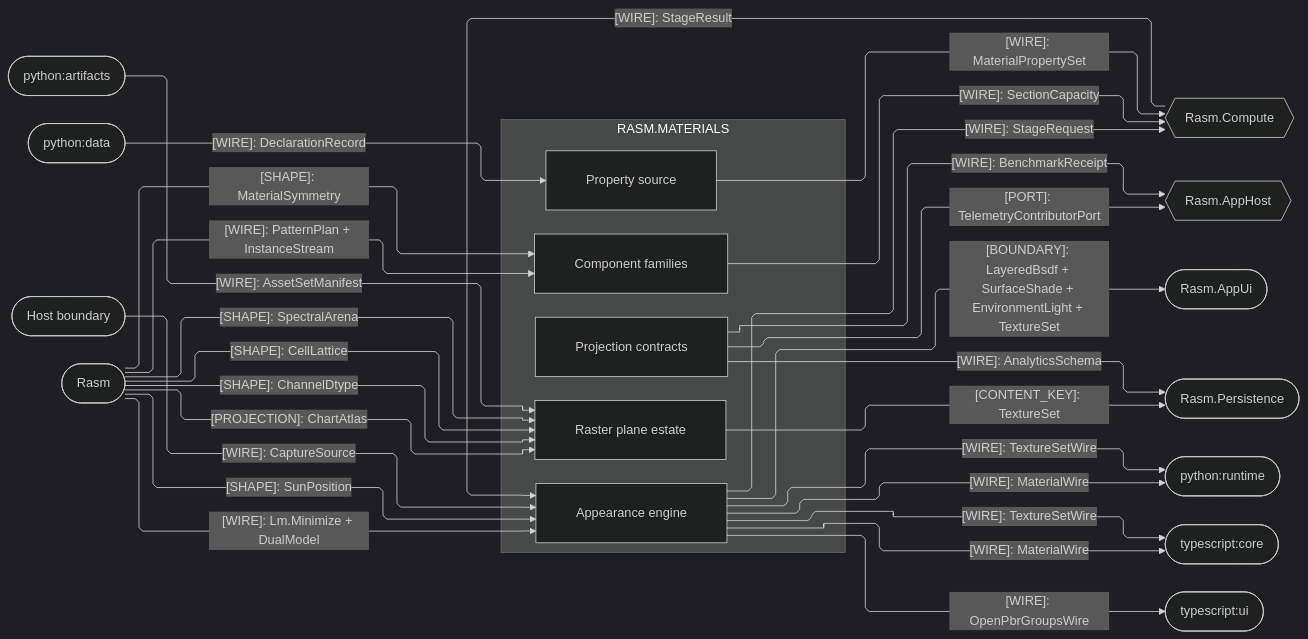
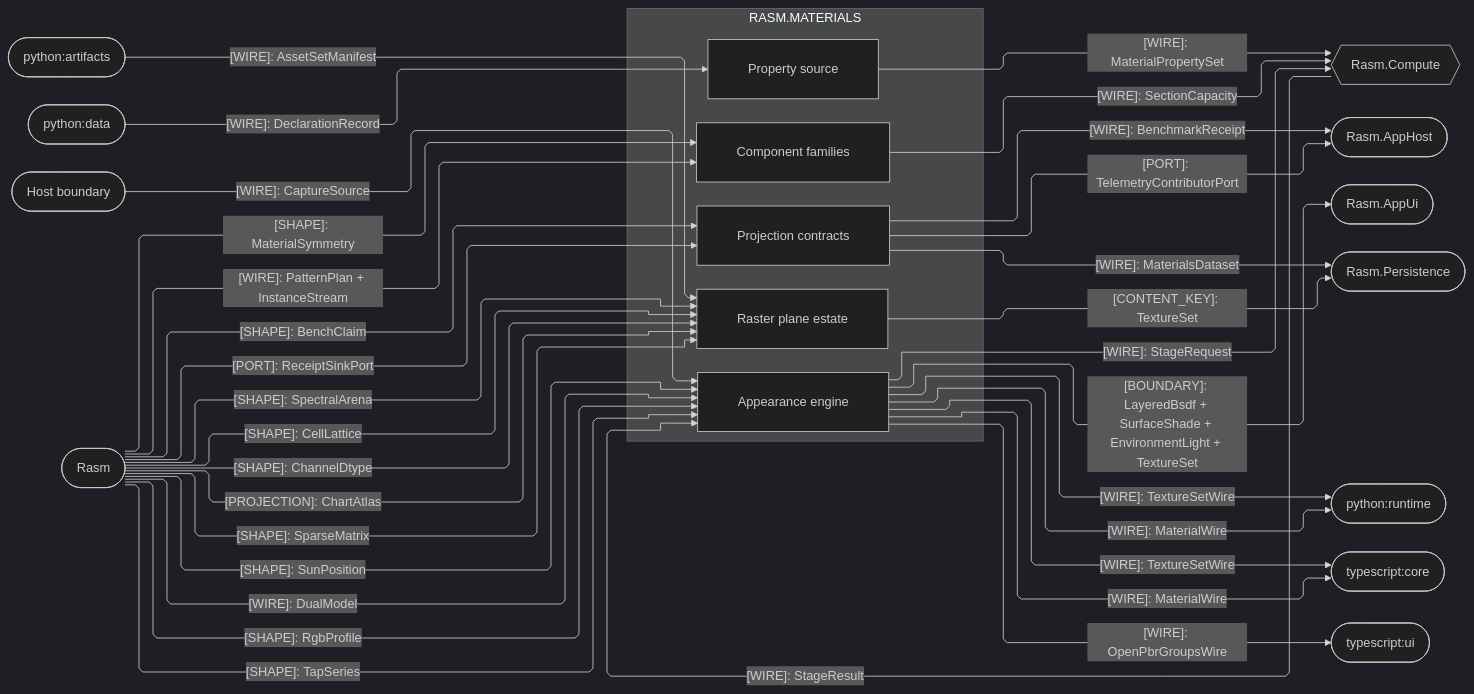
One commit to bsamiee/Rasm changed the third of 5 diagrams in libs/csharp/Rasm.Materials/ARCHITECTURE.md. Above: the diagram before and after it, drawn with Mermaid (dark theme). The commit also changed other lines of this file and 115 other files, not shown here.

First line of the commit message:
Land the index-doc, cross-libs planning, and manifest delta

````diff
--- a/libs/csharp/Rasm.Materials/ARCHITECTURE.md
+++ b/libs/csharp/Rasm.Materials/ARCHITECTURE.md
@@ -156,55 +152,60 @@
 ```mermaid
 ---
 config:
   layout: elk
   flowchart:
     curve: linear
     padding: 25
 ---
 flowchart LR
     accTitle: Materials platform, compute, and cross-runtime seams
-    accDescr: Materials sub-domain owners exchanging capacity, property, appearance, capture, telemetry, benchmark, and analytics wires, kernel lattice, storage, solver, atlas, and pattern crossings, plus artifact content keys with the kernel almanac, compute, the app host spine, the persistence store plane, the render host, the Python artifacts and runtime peers, and the TypeScript core and viewer peers, one edge per contract family labeled by kind.
+    accDescr: Which capacity, appearance, telemetry, and analytics contracts cross between Materials and the platform, host, and peer runtimes.
     subgraph materials[RASM.MATERIALS]
         Component[Component families]
         Properties[Property source]
         Appearance[Appearance engine]
         Raster[Raster plane estate]
         Projection[Projection contracts]
     end
     Compute{{Rasm.Compute}}
-    AppHost{{Rasm.AppHost}}
+    AppHost([Rasm.AppHost])
     AppUi([Rasm.AppUi])
     Persistence([Rasm.Persistence])
     PyArtifacts([python:artifacts])
     PyData([python:data])
     PyRuntime([python:runtime])
     Core([typescript:core])
     Ui([typescript:ui])
     Host([Host boundary])
     Rasm([Rasm])
-    Rasm e18@-->|"[SHAPE]: SunPosition"| Appearance
-    Rasm e19@-->|"[SHAPE]: SpectralArena"| Raster
-    Rasm e21@-->|"[SHAPE]: CellLattice"| Raster
-    Rasm e22@-->|"[SHAPE]: ChannelDtype"| Raster
-    Rasm e23@-->|"[PROJECTION]: ChartAtlas"| Raster
-    Rasm e24@-->|"[WIRE]: Lm.Minimize + DualModel"| Appearance
-    Rasm e25@-->|"[WIRE]: PatternPlan + InstanceStream"| Component
-    Rasm e26@-->|"[SHAPE]: MaterialSymmetry"| Component
-    Component e1@-->|"[WIRE]: SectionCapacity"| Compute
-    Properties e2@-->|"[WIRE]: MaterialPropertySet"| Compute
-    Appearance e11@-->|"[WIRE]: StageRequest"| Compute
-    Compute e12@-->|"[WIRE]: StageResult"| Appearance
-    Appearance e4@-->|"[BOUNDARY]: LayeredBsdf + SurfaceShade + EnvironmentLight + TextureSet"| AppUi
-    Appearance e5@-->|"[WIRE]: MaterialWire"| Core
-    Appearance e13@-->|"[WIRE]: MaterialWire"| PyRuntime
-    Appearance e14@-->|"[WIRE]: TextureSetWire"| Core
-    Appearance e15@-->|"[WIRE]: TextureSetWire"| PyRuntime
-    Appearance e6@-->|"[WIRE]: OpenPbrGroupsWire"| Ui
-    PyArtifacts e16@-->|"[WIRE]: AssetSetManifest"| Raster
-    PyData e20@-->|"[WIRE]: DeclarationRecord"| Properties
-    Host e7@-->|"[WIRE]: CaptureSource"| Appearance
-    Projection e8@-->|"[PORT]: TelemetryContributorPort"| AppHost
-    Projection e9@-->|"[WIRE]: BenchmarkReceipt"| AppHost
-    Projection e10@-->|"[WIRE]: AnalyticsSchema"| Persistence
-    Raster e17@-->|"[CONTENT_KEY]: TextureSet"| Persistence
+    Rasm e1@-->|"[SHAPE]: SunPosition"| Appearance
+    Rasm e2@-->|"[SHAPE]: SpectralArena"| Raster
+    Rasm e3@-->|"[SHAPE]: CellLattice"| Raster
+    Rasm e4@-->|"[SHAPE]: ChannelDtype"| Raster
+    Rasm e5@-->|"[PROJECTION]: ChartAtlas"| Raster
+    Rasm e6@-->|"[WIRE]: DualModel"| Appearance
+    Rasm e7@-->|"[WIRE]: PatternPlan + InstanceStream"| Component
+    Rasm e8@-->|"[SHAPE]: MaterialSymmetry"| Component
+    Rasm e9@-->|"[SHAPE]: RgbProfile"| Appearance
+    Rasm e10@-->|"[SHAPE]: TapSeries"| Appearance
+    Rasm e11@-->|"[SHAPE]: SparseMatrix"| Raster
+    Rasm e12@-->|"[PORT]: ReceiptSinkPort"| Projection
+    Rasm e13@-->|"[SHAPE]: BenchClaim"| Projection
+    Component e14@-->|"[WIRE]: SectionCapacity"| Compute
+    Properties e15@-->|"[WIRE]: MaterialPropertySet"| Compute
+    Appearance e16@-->|"[WIRE]: StageRequest"| Compute
+    Compute e17@-->|"[WIRE]: StageResult"| Appearance
+    Appearance e18@-->|"[BOUNDARY]: LayeredBsdf + SurfaceShade + EnvironmentLight + TextureSet"| AppUi
+    Appearance e19@-->|"[WIRE]: MaterialWire"| Core
+    Appearance e20@-->|"[WIRE]: MaterialWire"| PyRuntime
+    Appearance e21@-->|"[WIRE]: TextureSetWire"| Core
+    Appearance e22@-->|"[WIRE]: TextureSetWire"| PyRuntime
+    Appearance e23@-->|"[WIRE]: OpenPbrGroupsWire"| Ui
+    PyArtifacts e24@-->|"[WIRE]: AssetSetManifest"| Raster
+    PyData e25@-->|"[WIRE]: DeclarationRecord"| Properties
+    Host e26@-->|"[WIRE]: CaptureSource"| Appearance
+    Projection e27@-->|"[PORT]: TelemetryContributorPort"| AppHost
+    Projection e28@-->|"[WIRE]: BenchmarkReceipt"| AppHost
+    Projection e29@-->|"[WIRE]: MaterialsDataset"| Persistence
+    Raster e30@-->|"[CONTENT_KEY]: TextureSet"| Persistence
 ```
````
